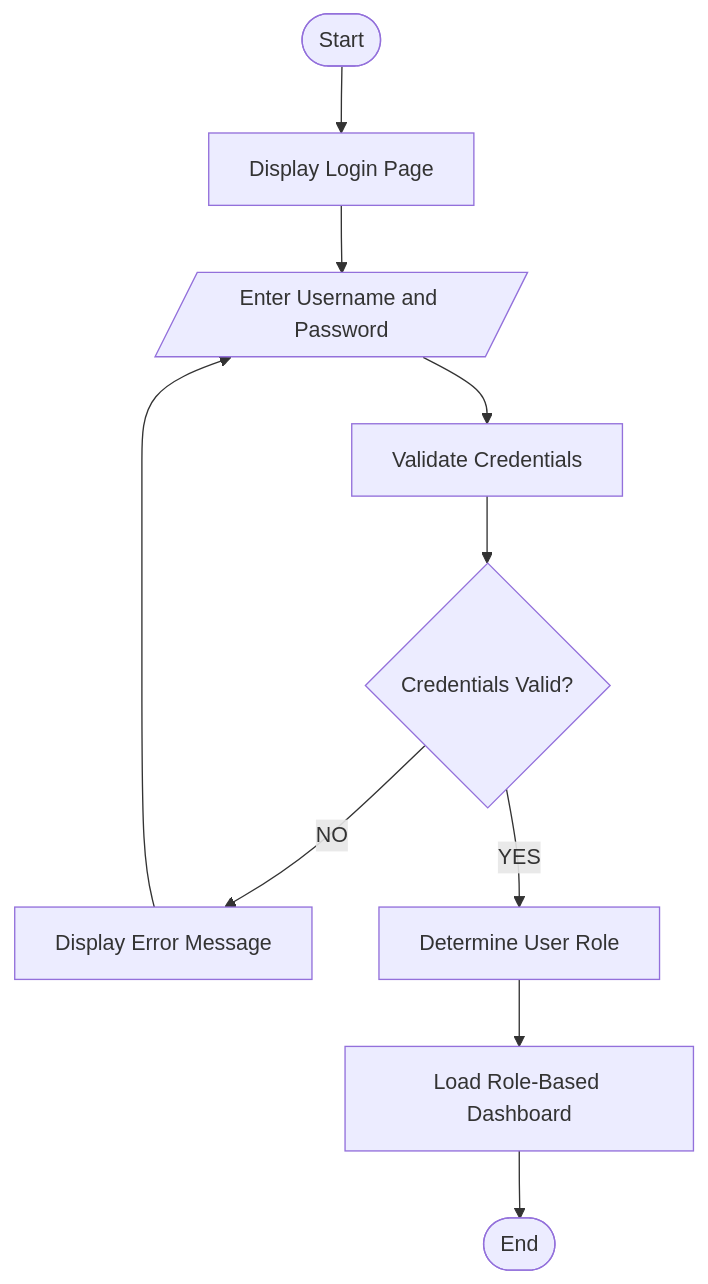
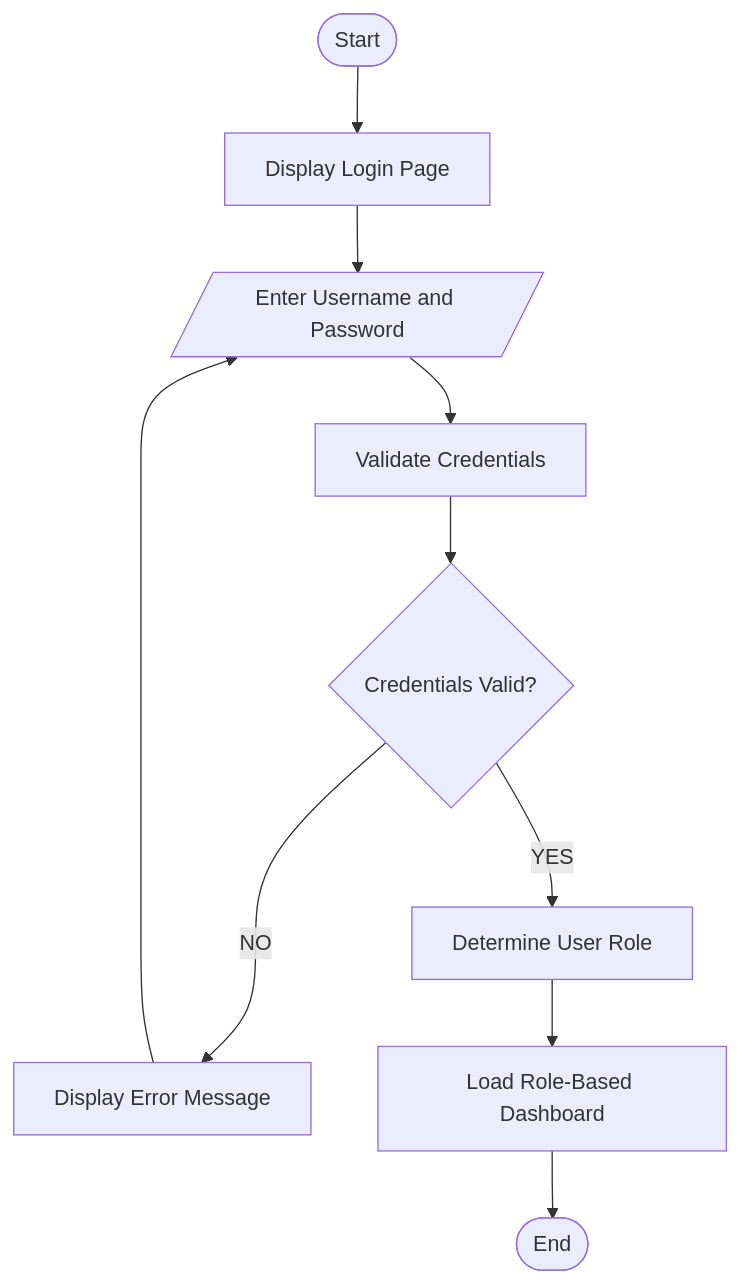
Before and after one commit to marsya777/GROUP-4-: the diagram in FLOWCHART/FLOWCHART 1.md, drawn with Mermaid.

Commit message:
Update FLOWCHART 1.md

````diff
--- a/FLOWCHART/FLOWCHART 1.md
+++ b/FLOWCHART/FLOWCHART 1.md
@@ -1,14 +1,14 @@
 ```mermaid
 flowchart TD
     Start([Start]) --> A[Display Login Page]
     A --> B[/Enter Username and Password/]
     B --> C[Validate Credentials]
     C --> D{Credentials Valid?}
 
-    D -- NO --> E[Display Error Message]
-    E --> B
+    D -- NO ---> E[Display Error Message]
+    E ---> B
 
     D -- YES --> F[Determine User Role]
     F --> G[Load Role-Based Dashboard]
     G --> End([End])
 ```
````
